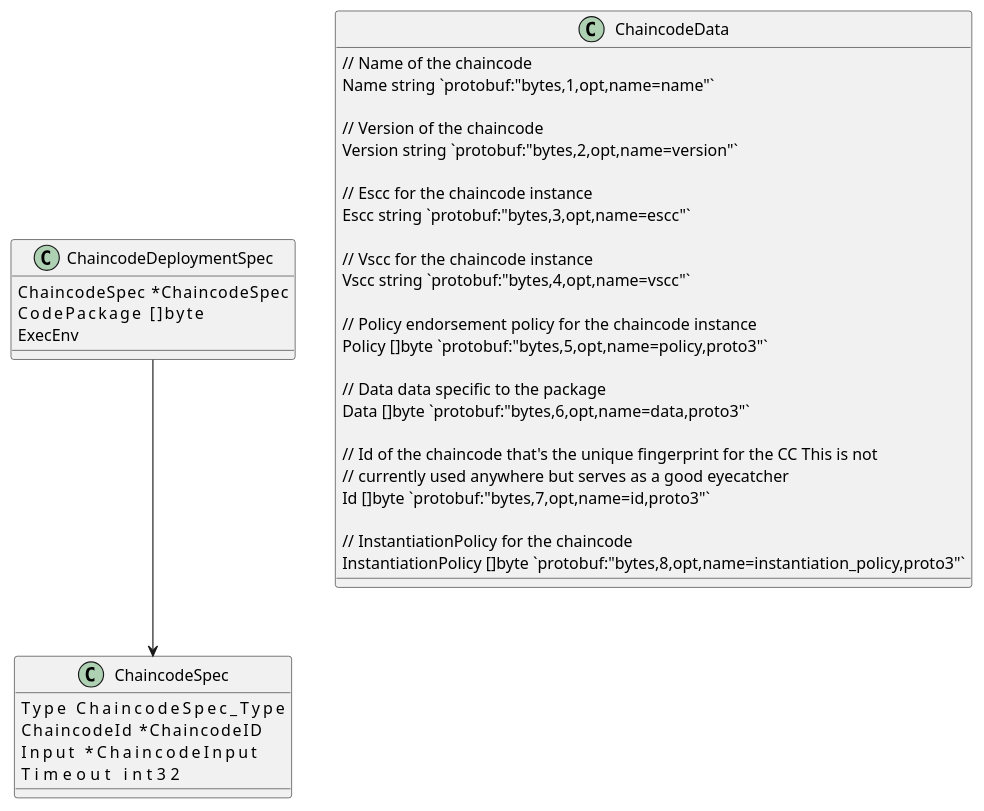
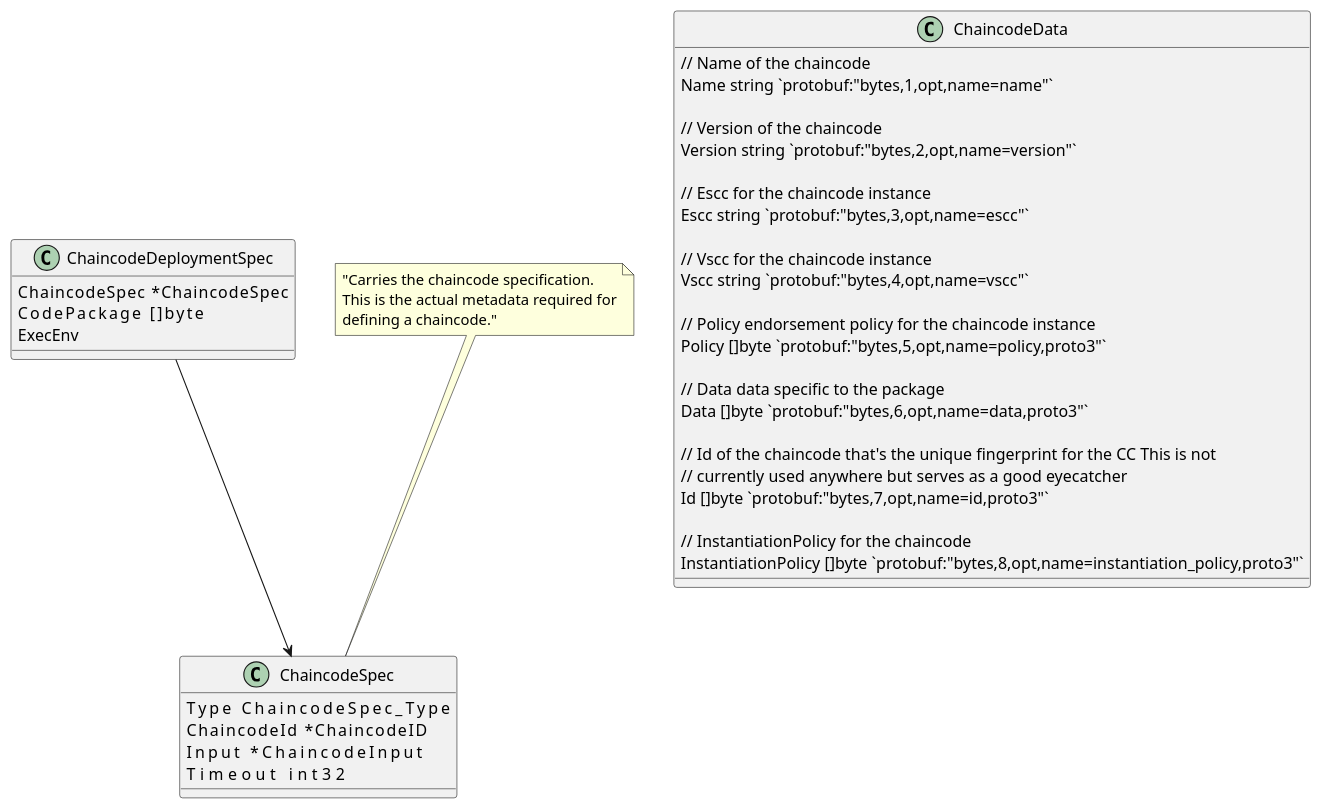
The diagram in learning/chaincode.puml (ping40/fabric), drawn with PlantUML before and after one commit. The commit also changed 8 other files, not shown here.

```diff
--- a/learning/chaincode.puml
+++ b/learning/chaincode.puml
@@ -1,48 +1,49 @@
 @startuml
 
 
 class ChaincodeSpec  {
 	Type                 ChaincodeSpec_Type
 	ChaincodeId          *ChaincodeID
 	Input                *ChaincodeInput
 	Timeout              int32
 }
 
 
 class ChaincodeDeploymentSpec  {
 	ChaincodeSpec        *ChaincodeSpec
 	CodePackage          []byte
 	ExecEnv
 }
 
 ChaincodeDeploymentSpec --> ChaincodeSpec
+note top of ChaincodeSpec : "Carries the chaincode specification. \nThis is the actual metadata required for\ndefining a chaincode."
 
 
 class ChaincodeData  {
 	// Name of the chaincode
 	Name string `protobuf:"bytes,1,opt,name=name"`
 
 	// Version of the chaincode
 	Version string `protobuf:"bytes,2,opt,name=version"`
 
 	// Escc for the chaincode instance
 	Escc string `protobuf:"bytes,3,opt,name=escc"`
 
 	// Vscc for the chaincode instance
 	Vscc string `protobuf:"bytes,4,opt,name=vscc"`
 
 	// Policy endorsement policy for the chaincode instance
 	Policy []byte `protobuf:"bytes,5,opt,name=policy,proto3"`
 
 	// Data data specific to the package
 	Data []byte `protobuf:"bytes,6,opt,name=data,proto3"`
 
 	// Id of the chaincode that's the unique fingerprint for the CC This is not
 	// currently used anywhere but serves as a good eyecatcher
 	Id []byte `protobuf:"bytes,7,opt,name=id,proto3"`
 
 	// InstantiationPolicy for the chaincode
 	InstantiationPolicy []byte `protobuf:"bytes,8,opt,name=instantiation_policy,proto3"`
 }
 
 @enduml
```
